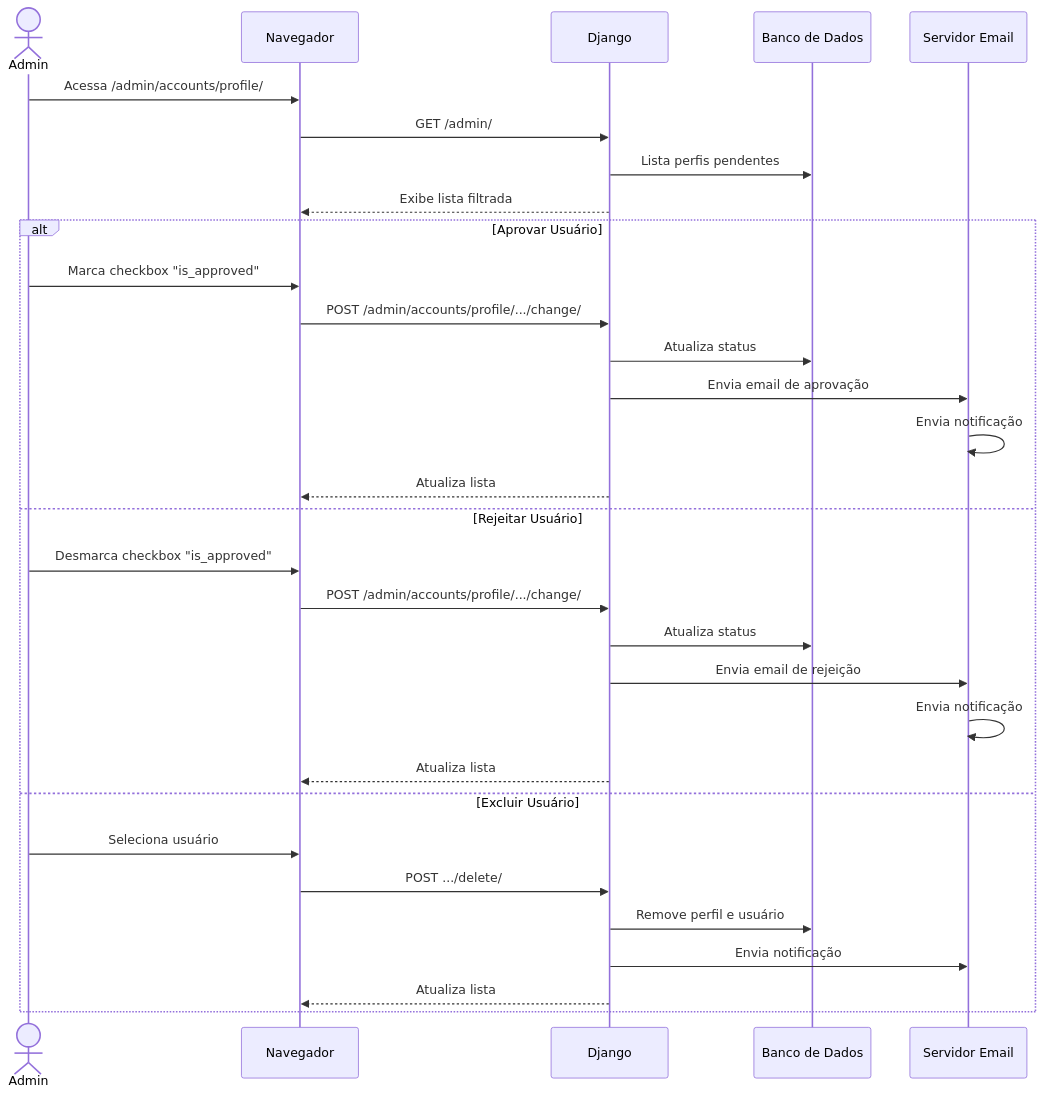
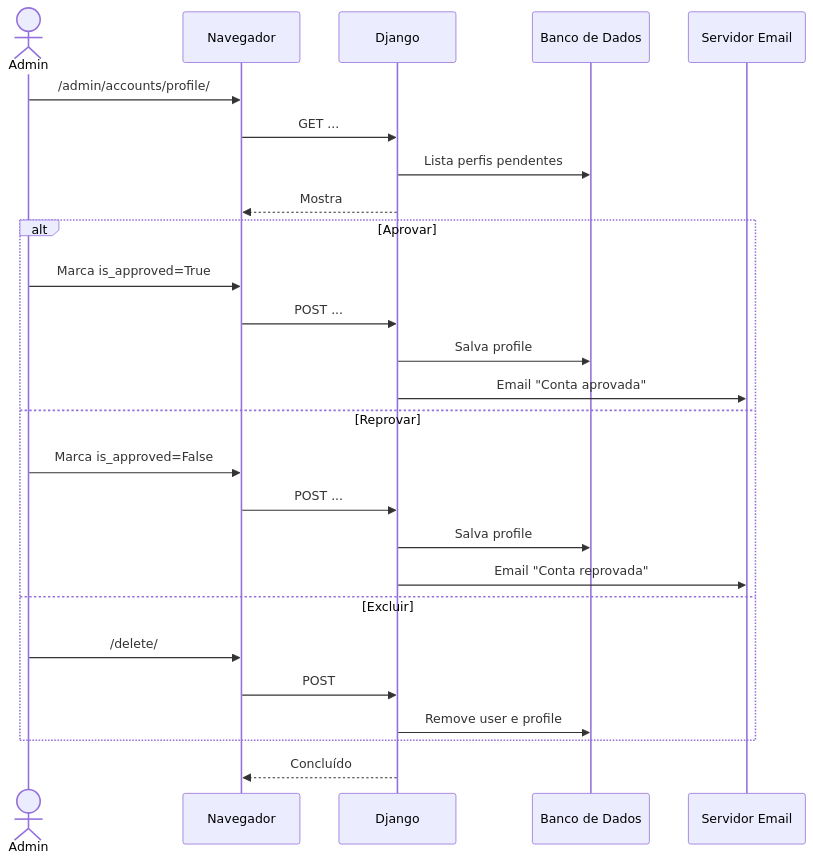
Diagram 20 of 33 in README.md (diegogrosmann/EnsinaNet.AI), drawn with Mermaid before and after one commit. The commit also changed other lines of this file and 52 other files, not shown here.

````diff
--- a/README.md
+++ b/README.md
@@ -1154,35 +997,30 @@
 ```mermaid
 sequenceDiagram
     actor A as Admin
     participant N as Navegador
     participant D as Django
     participant DB as Banco de Dados
     participant E as Servidor Email
 
-    A->>N: Acessa /admin/accounts/profile/
-    N->>D: GET /admin/
+    A->>N: /admin/accounts/profile/
+    N->>D: GET ...
     D->>DB: Lista perfis pendentes
-    D-->>N: Exibe lista filtrada
+    D-->>N: Mostra
 
-    alt Aprovar Usuário
-        A->>N: Marca checkbox "is_approved"
-        N->>D: POST /admin/accounts/profile/.../change/
-        D->>DB: Atualiza status
-        D->>E: Envia email de aprovação
-        E->>E: Envia notificação
-        D-->>N: Atualiza lista
-    else Rejeitar Usuário
-        A->>N: Desmarca checkbox "is_approved"
-        N->>D: POST /admin/accounts/profile/.../change/
-        D->>DB: Atualiza status
-        D->>E: Envia email de rejeição
-        E->>E: Envia notificação
-        D-->>N: Atualiza lista
-    else Excluir Usuário
-        A->>N: Seleciona usuário
-        N->>D: POST .../delete/
-        D->>DB: Remove perfil e usuário
-        D->>E: Envia notificação
-        D-->>N: Atualiza lista
+    alt Aprovar
+        A->>N: Marca is_approved=True
+        N->>D: POST ...
+        D->>DB: Salva profile
+        D->>E: Email "Conta aprovada"
+    else Reprovar
+        A->>N: Marca is_approved=False
+        N->>D: POST ...
+        D->>DB: Salva profile
+        D->>E: Email "Conta reprovada"
+    else Excluir
+        A->>N: /delete/
+        N->>D: POST
+        D->>DB: Remove user e profile
     end
+    D-->>N: Concluído
 ```
````
